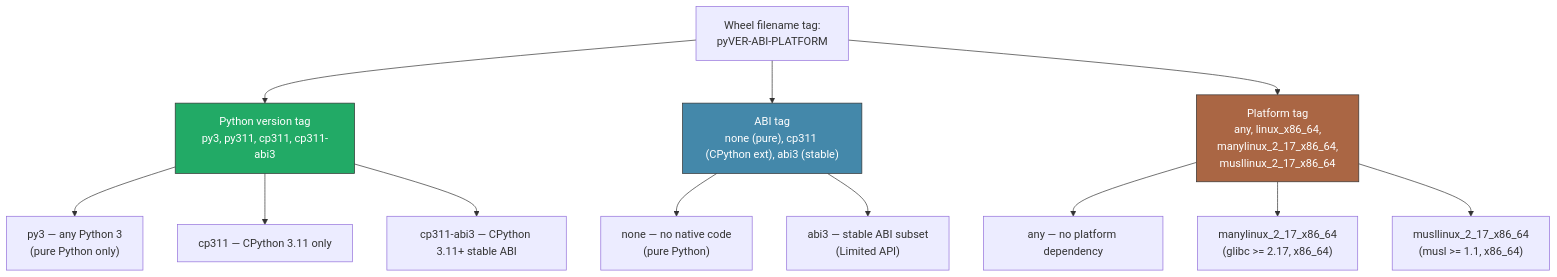
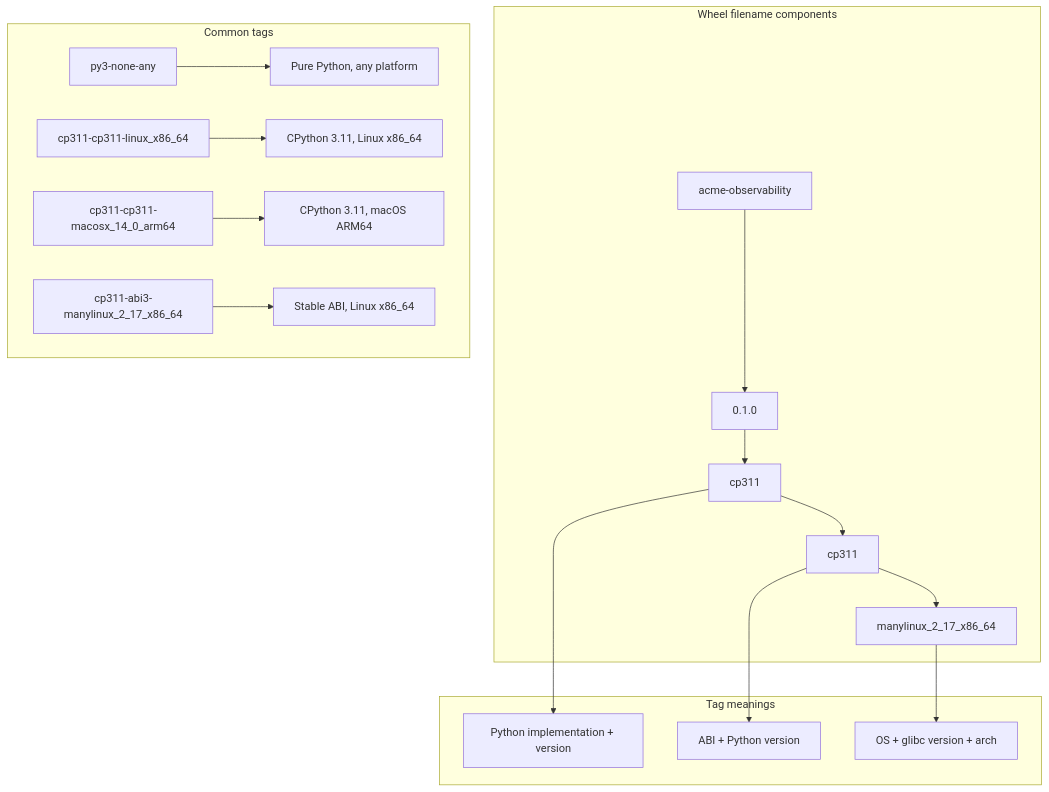
One commit to bumbsclaw/textbooks changed the third of 10 diagrams in vol-16-python-cpython-internals/ch12-packaging-deployment.md. Above: the diagram before and after it, drawn with Mermaid. The commit also changed other lines of this file and 9 other files, not shown here.

First line of the commit message:
fix(pdf, mermaid): syntax-highlighted code blocks + diagram label fixes

````diff
--- a/vol-16-python-cpython-internals/ch12-packaging-deployment.md
+++ b/vol-16-python-cpython-internals/ch12-packaging-deployment.md
@@ -309,23 +199,20 @@
 ```mermaid
-flowchart TB
-    WHEEL["Wheel filename tag:<br/>pyVER-ABI-PLATFORM"]
-
-    WHEEL --> VER["Python version tag<br/>py3, py311, cp311, cp311-abi3"]
-    WHEEL --> ABI["ABI tag<br/>none (pure), cp311 (CPython ext), abi3 (stable)"]
-    WHEEL --> PLAT["Platform tag<br/>any, linux_x86_64,<br/>manylinux_2_17_x86_64,<br/>musllinux_2_17_x86_64"]
-
-    VER --> PY3["py3 — any Python 3<br/>(pure Python only)"]
-    VER --> CP311["cp311 — CPython 3.11 only"]
-    VER --> ABI3_T["cp311-abi3 — CPython 3.11+ stable ABI"]
-
-    ABI --> NONE["none — no native code<br/>(pure Python)"]
-    ABI --> ABI3_A["abi3 — stable ABI subset<br/>(Limited API)"]
-
-    PLAT --> ANY["any — no platform dependency"]
-    PLAT --> MANY["manylinux_2_17_x86_64<br/>(glibc >= 2.17, x86_64)"]
-    PLAT --> MUSL["musllinux_2_17_x86_64<br/>(musl >= 1.1, x86_64)"]
-
-    style VER fill:#2a6,stroke:#333,color:#fff
-    style ABI fill:#48a,stroke:#333,color:#fff
-    style PLAT fill:#a64,stroke:#333,color:#fff
+flowchart TD
+    subgraph "Wheel filename components"
+        A["acme-observability"] --> B["0.1.0"]
+        B --> C["cp311"]
+        C --> D["cp311"]
+        D --> E["manylinux_2_17_x86_64"]
+    end
+    subgraph "Tag meanings"
+        C --> F["Python implementation + version"]
+        D --> G["ABI + Python version"]
+        E --> H["OS + glibc version + arch"]
+    end
+    subgraph "Common tags"
+        I["py3-none-any"] --> J["Pure Python, any platform"]
+        K["cp311-cp311-linux_x86_64"] --> L["CPython 3.11, Linux x86_64"]
+        M["cp311-cp311-macosx_14_0_arm64"] --> N["CPython 3.11, macOS ARM64"]
+        O["cp311-abi3-manylinux_2_17_x86_64"] --> P["Stable ABI, Linux x86_64"]
+    end
 ```
````
